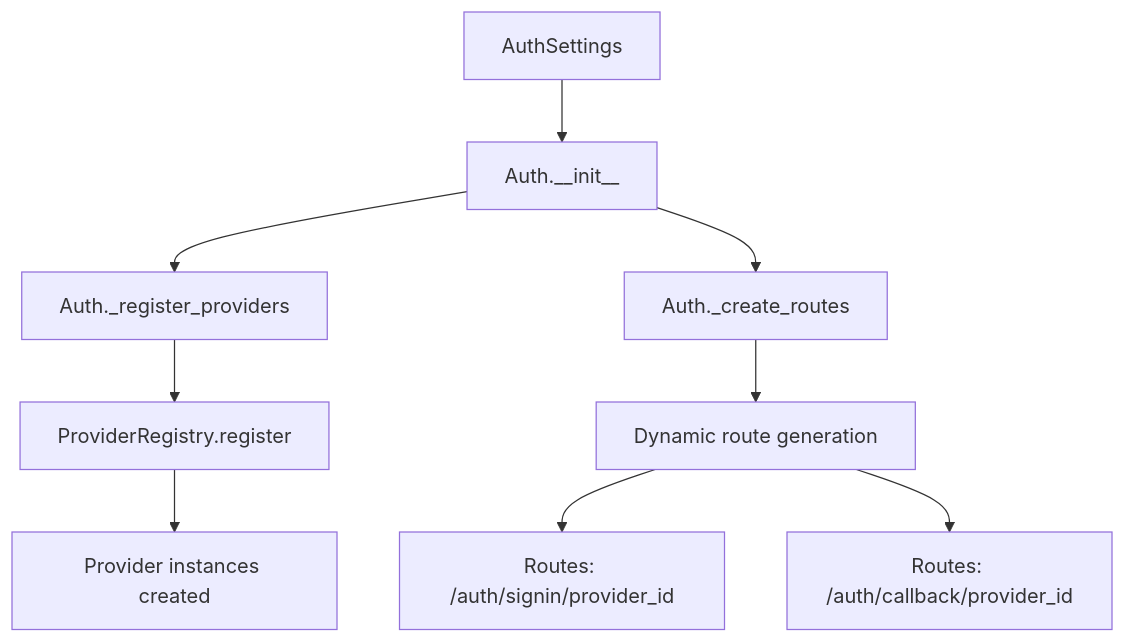
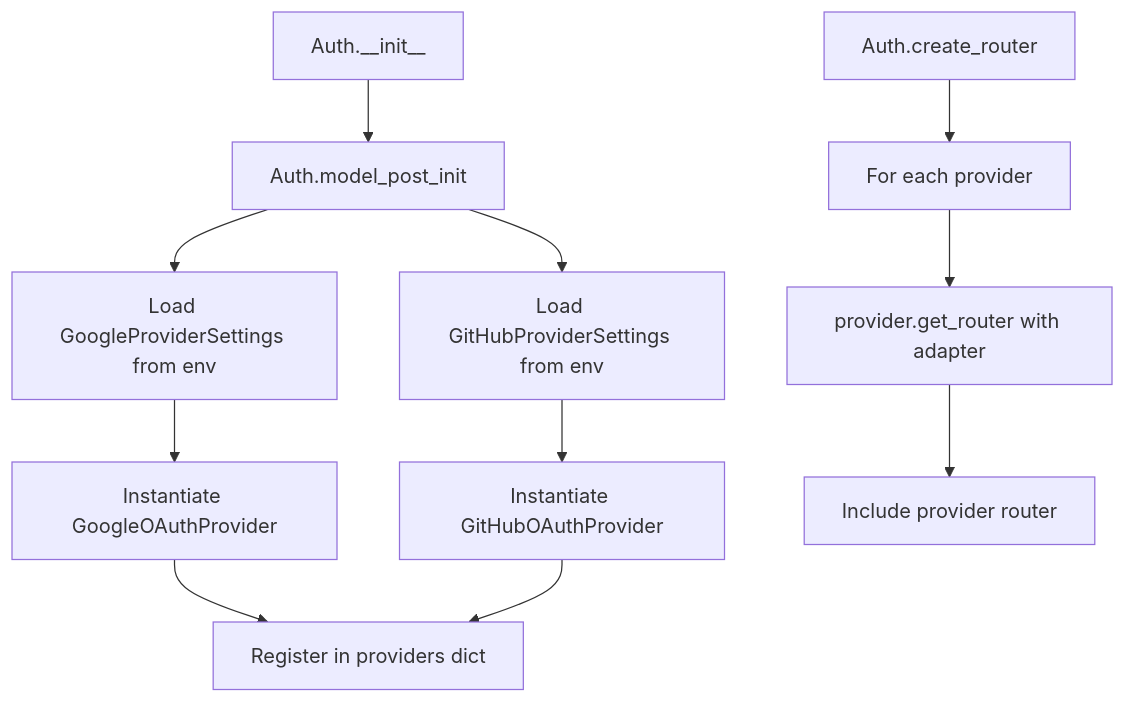
Before and after one commit to mplemay/belgie: the first of 3 diagrams in design/002-generic-oauth-providers.md, drawn with Mermaid. The commit also changed other lines of this file, not shown here.

````diff
--- a/design/002-generic-oauth-providers.md
+++ b/design/002-generic-oauth-providers.md
@@ -92,11 +78,13 @@
 ```mermaid
 graph TD
-    A[AuthSettings] --> B["Auth.__init__"]
-    B --> C["Auth._register_providers"]
-    C --> D["ProviderRegistry.register"]
-    D --> E["Provider instances created"]
-    B --> F["Auth._create_routes"]
-    F --> G["Dynamic route generation"]
-    G --> H["Routes: /auth/signin/provider_id"]
-    G --> I["Routes: /auth/callback/provider_id"]
+    A["Auth.__init__"] --> B["Auth.model_post_init"]
+    B --> C["Load GoogleProviderSettings from env"]
+    B --> D["Load GitHubProviderSettings from env"]
+    C --> E["Instantiate GoogleOAuthProvider"]
+    D --> F["Instantiate GitHubOAuthProvider"]
+    E --> G["Register in providers dict"]
+    F --> G
+    H["Auth.create_router"] --> I["For each provider"]
+    I --> J["provider.get_router with adapter"]
+    J --> K["Include provider router"]
 ```
````
